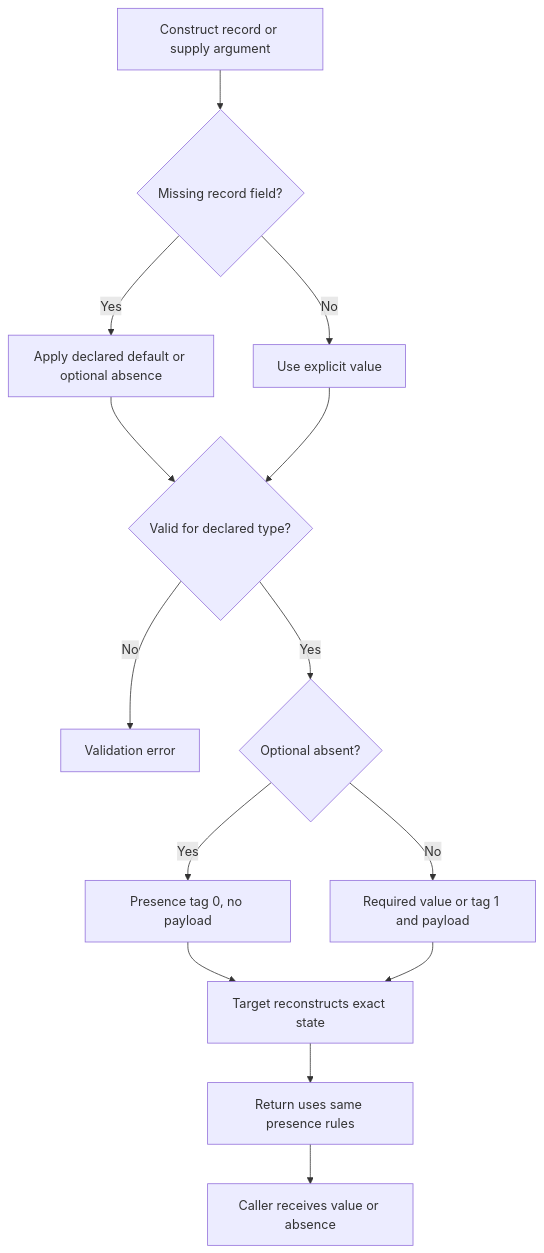
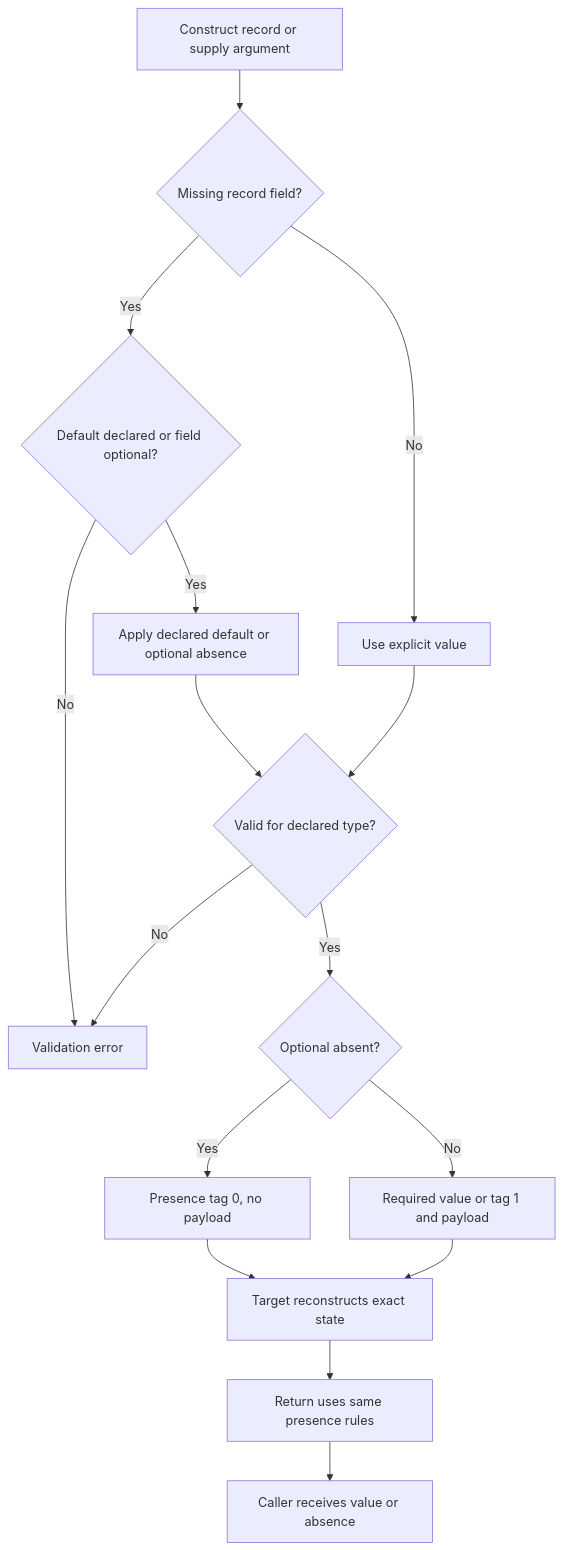
Before and after one commit to polyglue/polyglue: the seventh of 35 diagrams in PROJECT.md, drawn with Mermaid. The commit also changed other lines of this file and 2 other files, not shown here.

Commit message:
docs: refine beginner guide and diagram details

````diff
--- a/PROJECT.md
+++ b/PROJECT.md
@@ -982,16 +999,18 @@
 ```mermaid
 flowchart TD
     A["Construct record or supply argument"] --> B{"Missing record field?"}
-    B -->|Yes| C["Apply declared default or optional absence"]
+    B -->|Yes| L{"Default declared or field optional?"}
+    L -->|Yes| C["Apply declared default or optional absence"]
+    L -->|No| X["Validation error"]
     B -->|No| D["Use explicit value"]
     C --> E{"Valid for declared type?"}
     D --> E
     E -->|No| X["Validation error"]
     E -->|Yes| F{"Optional absent?"}
     F -->|Yes| G["Presence tag 0, no payload"]
     F -->|No| H["Required value or tag 1 and payload"]
     G --> I["Target reconstructs exact state"]
     H --> I
     I --> J["Return uses same presence rules"]
     J --> K["Caller receives value or absence"]
 ```
````
